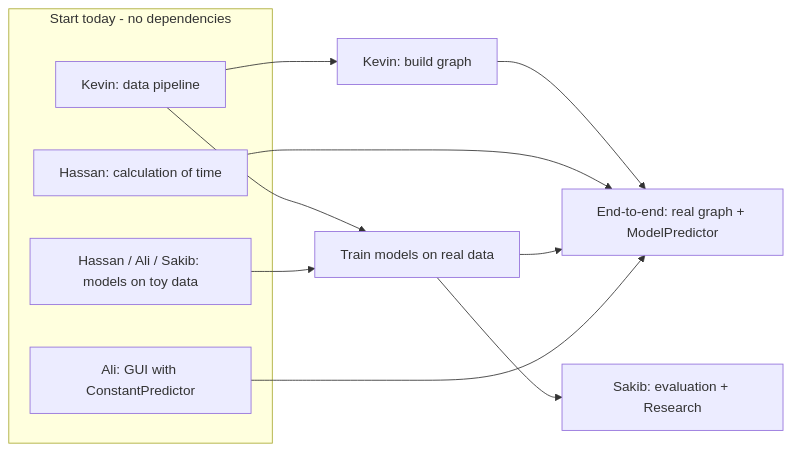
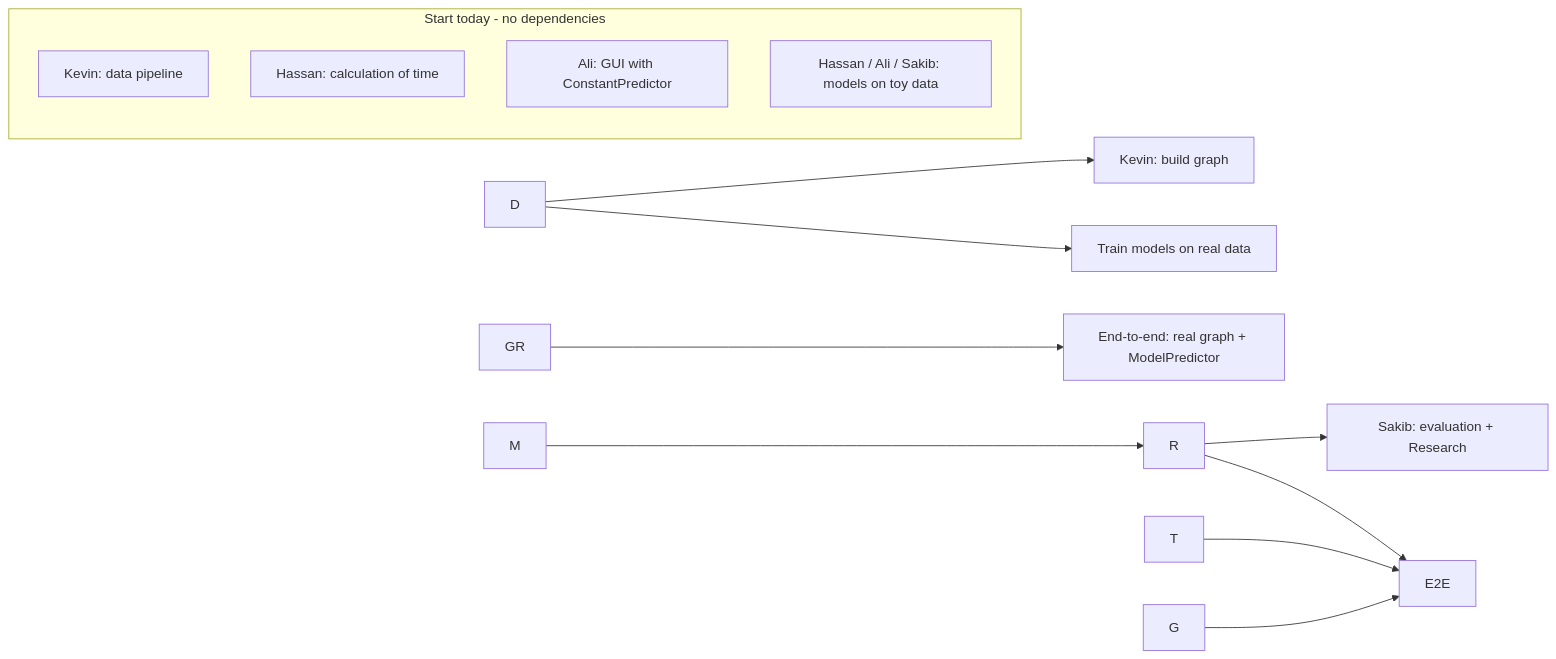
Before and after one commit to KevinRusli/traffic_flow_prediction: the first of 2 diagrams in README.md, drawn with Mermaid. The commit also changed other lines of this file and 13 other files, not shown here.

Commit message:
data, graph and integration: loader, dataset, road graph, model predictor

````diff
--- a/README.md
+++ b/README.md
@@ -67,17 +74,17 @@
 ```mermaid
 flowchart LR
-    subgraph today[Start today - no dependencies]
-        D[Kevin: data pipeline]
-        T[Hassan: calculation of time]
-        G[Ali: GUI with ConstantPredictor]
-        M[Hassan / Ali / Sakib: models on toy data]
+    subgraph today\[Start today - no dependencies]
+        D\[Kevin: data pipeline]
+        T\[Hassan: calculation of time]
+        G\[Ali: GUI with ConstantPredictor]
+        M\[Hassan / Ali / Sakib: models on toy data]
     end
-    D --> R[Train models on real data]
+    D --> R\[Train models on real data]
     M --> R
-    D --> GR[Kevin: build graph]
-    GR --> E2E[End-to-end: real graph + ModelPredictor]
+    D --> GR\[Kevin: build graph]
+    GR --> E2E\[End-to-end: real graph + ModelPredictor]
     T --> E2E
     R --> E2E
     G --> E2E
-    R --> EV[Sakib: evaluation + Research]
+    R --> EV\[Sakib: evaluation + Research]
 ```
````
